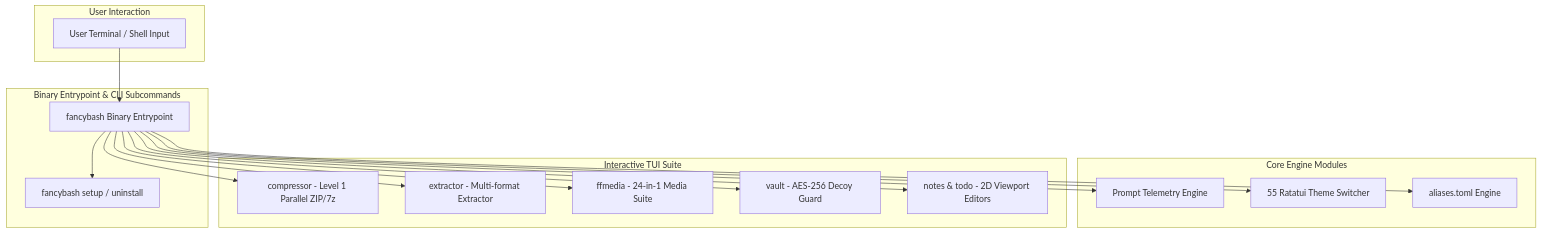
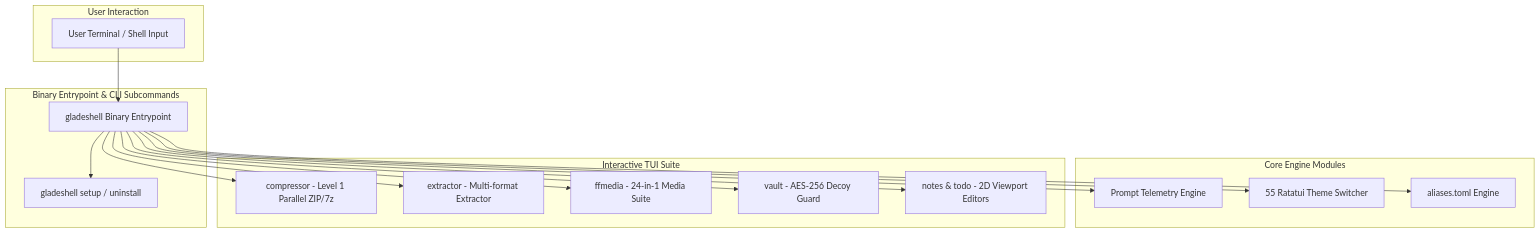
The diagram in wiki.md (rihadjahanopu/gladeshell), drawn with Mermaid before and after one commit. The commit also changed other lines of this file and 106 other files, not shown here.

````diff
--- a/wiki.md
+++ b/wiki.md
@@ -84,36 +84,36 @@
 ```mermaid
 flowchart TD
     subgraph User Interaction
         CLI[User Terminal / Shell Input]
     end
 
     subgraph Binary Entrypoint & CLI Subcommands
-        MAIN[fancybash Binary Entrypoint]
-        SETUP[fancybash setup / uninstall]
+        MAIN[gladeshell Binary Entrypoint]
+        SETUP[gladeshell setup / uninstall]
     end
 
     subgraph Core Engine Modules
         PROMPT[Prompt Telemetry Engine]
         THEMES[55 Ratatui Theme Switcher]
         ALIASES[aliases.toml Engine]
     end
 
     subgraph Interactive TUI Suite
         COMP[compressor - Level 1 Parallel ZIP/7z]
         EXT[extractor - Multi-format Extractor]
         FFM[ffmedia - 24-in-1 Media Suite]
         VAULT[vault - AES-256 Decoy Guard]
         NOTES[notes & todo - 2D Viewport Editors]
     end
 
     CLI --> MAIN
     MAIN --> SETUP
     MAIN --> PROMPT
     MAIN --> THEMES
     MAIN --> ALIASES
     MAIN --> COMP
     MAIN --> EXT
     MAIN --> FFM
     MAIN --> VAULT
     MAIN --> NOTES
 ```
````
